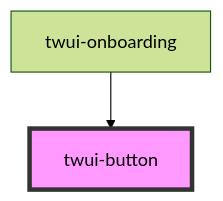
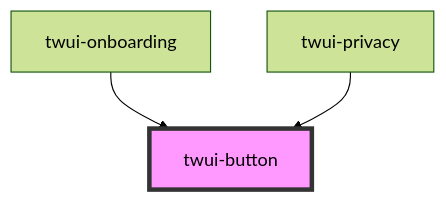
The diagram in src/frontend/src/components/twui/src/components/molecules/button/readme.md (frostaura/TaleWeaver), drawn with Mermaid (forest theme) before and after one commit. The commit also changed other lines of this file and 37 other files, not shown here.

````diff
--- a/src/frontend/src/components/twui/src/components/molecules/button/readme.md
+++ b/src/frontend/src/components/twui/src/components/molecules/button/readme.md
@@ -26,5 +27,6 @@
 ```mermaid
 graph TD;
   twui-onboarding --> twui-button
+  twui-privacy --> twui-button
   style twui-button fill:#f9f,stroke:#333,stroke-width:4px
 ```
````
